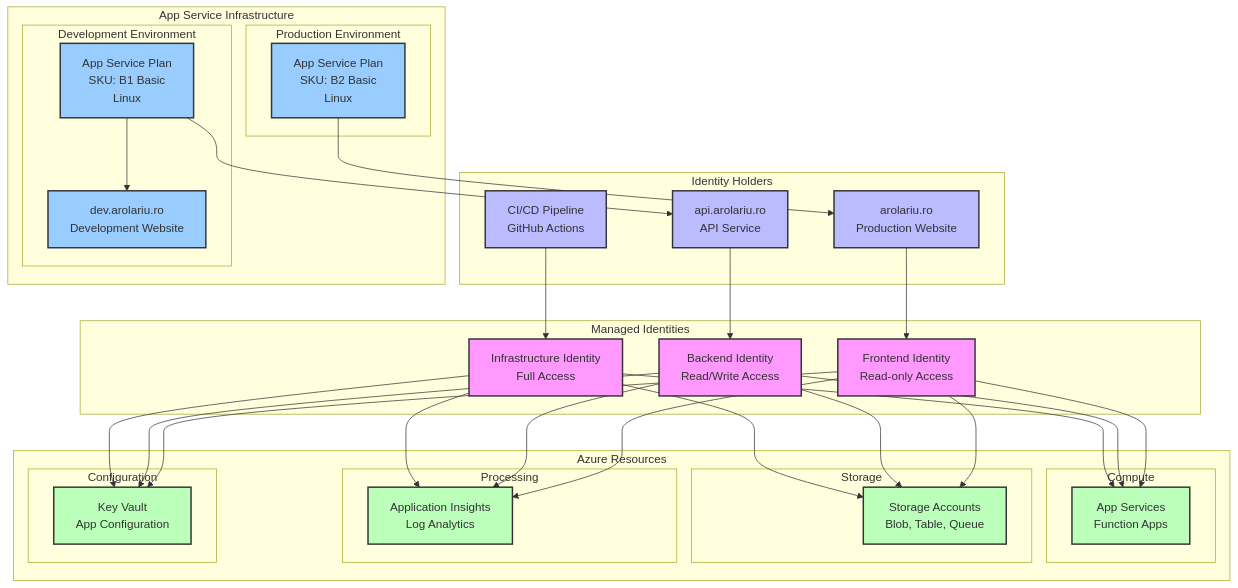
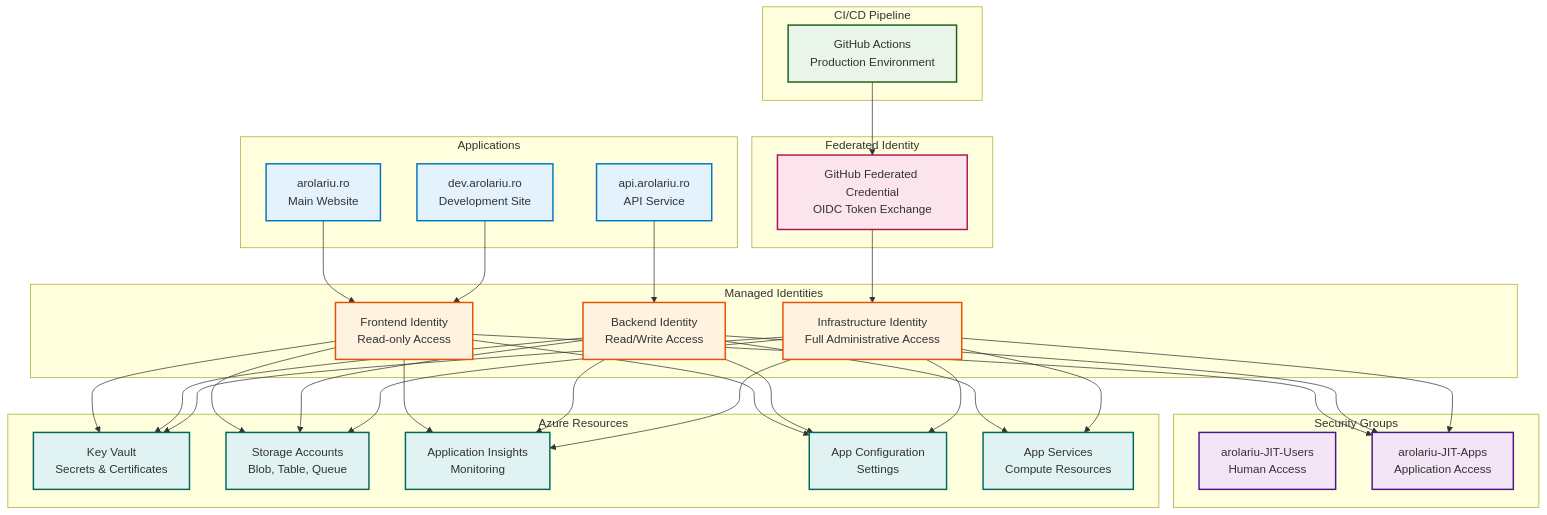
Before and after one commit to arolariu/arolariu.ro: the first of 2 diagrams in infra/Azure/Bicep/identity/README.md, drawn with Mermaid. The commit also changed other lines of this file and 33 other files, not shown here.

````diff
--- a/infra/Azure/Bicep/identity/README.md
+++ b/infra/Azure/Bicep/identity/README.md
@@ -5,76 +28,77 @@
 ```mermaid
 graph TB
-    subgraph "Identity Holders"
-        WA_PROD[arolariu.ro<br/>Production Website]
-        WA_API[api.arolariu.ro<br/>API Service]
-        CICD[CI/CD Pipeline<br/>GitHub Actions]
+    subgraph "CI/CD Pipeline"
+        GITHUB[GitHub Actions<br/>Production Environment]
+    end
+
+    subgraph "Applications"
+        MAIN_APP[arolariu.ro<br/>Main Website]
+        API_APP[api.arolariu.ro<br/>API Service]
+        DEV_APP[dev.arolariu.ro<br/>Development Site]
     end
 
     subgraph "Managed Identities"
-        MI_FRONTEND[Frontend Identity<br/>Read-only Access]
-        MI_BACKEND[Backend Identity<br/>Read/Write Access]
-        MI_INFRA[Infrastructure Identity<br/>Full Access]
+        MI_FE[Frontend Identity<br/>Read-only Access]
+        MI_BE[Backend Identity<br/>Read/Write Access]
+        MI_INFRA[Infrastructure Identity<br/>Full Administrative Access]
     end
 
-    subgraph "App Service Infrastructure"
-        subgraph "Production Environment"
-            ASP_PROD[App Service Plan<br/>SKU: B2 Basic<br/>Linux]
-        end
+    subgraph "Federated Identity"
+        FED_CRED[GitHub Federated Credential<br/>OIDC Token Exchange]
+    end
 
-        subgraph "Development Environment"
-            ASP_DEV[App Service Plan<br/>SKU: B1 Basic<br/>Linux]
-            WA_DEV[dev.arolariu.ro<br/>Development Website]
-        end
+    subgraph "Security Groups"
+        SG_USERS[arolariu-JIT-Users<br/>Human Access]
+        SG_APPS[arolariu-JIT-Apps<br/>Application Access]
     end
 
     subgraph "Azure Resources"
-        subgraph "Compute"
-            COMPUTE[App Services<br/>Function Apps]
-        end
-
-        subgraph "Storage"
-            STORAGE[Storage Accounts<br/>Blob, Table, Queue]
-        end
-
-        subgraph "Processing"
-            PROCESS[Application Insights<br/>Log Analytics]
-        end
-
-        subgraph "Configuration"
-            CONFIG[Key Vault<br/>App Configuration]
-        end
+        KV[Key Vault<br/>Secrets & Certificates]
+        SA[Storage Accounts<br/>Blob, Table, Queue]
+        AI[Application Insights<br/>Monitoring]
+        AC[App Configuration<br/>Settings]
+        COMPUTE[App Services<br/>Compute Resources]
     end
 
-    WA_PROD --> MI_FRONTEND
-    WA_API --> MI_BACKEND
-    CICD --> MI_INFRA
+    GITHUB --> FED_CRED
+    FED_CRED --> MI_INFRA
 
-    MI_FRONTEND --> COMPUTE
-    MI_FRONTEND --> STORAGE
-    MI_FRONTEND --> PROCESS
-    MI_FRONTEND --> CONFIG
+    MAIN_APP --> MI_FE
+    DEV_APP --> MI_FE
+    API_APP --> MI_BE
 
-    MI_BACKEND --> COMPUTE
-    MI_BACKEND --> STORAGE
-    MI_BACKEND --> PROCESS
-    MI_BACKEND --> CONFIG
+    MI_FE --> KV
+    MI_FE --> SA
+    MI_FE --> AI
+    MI_FE --> AC
 
+    MI_BE --> KV
+    MI_BE --> SA
+    MI_BE --> AI
+    MI_BE --> AC
+    MI_BE --> COMPUTE
+
+    MI_INFRA --> KV
+    MI_INFRA --> SA
+    MI_INFRA --> AI
+    MI_INFRA --> AC
     MI_INFRA --> COMPUTE
-    MI_INFRA --> STORAGE
-    MI_INFRA --> PROCESS
-    MI_INFRA --> CONFIG
 
-    ASP_PROD --> WA_PROD
-    ASP_DEV --> WA_API
-    ASP_DEV --> WA_DEV
+    MI_FE --> SG_APPS
+    MI_BE --> SG_APPS
+    MI_INFRA --> SG_APPS
 
-    classDef holder fill:#bbf,stroke:#333,stroke-width:2px
-    classDef identity fill:#f9f,stroke:#333,stroke-width:2px
-    classDef infra fill:#9cf,stroke:#333,stroke-width:2px
-    classDef resource fill:#bfb,stroke:#333,stroke-width:2px
+    classDef cicd fill:#e8f5e8,stroke:#1b5e20,stroke-width:2px
+    classDef app fill:#e3f2fd,stroke:#0277bd,stroke-width:2px
+    classDef identity fill:#fff3e0,stroke:#e65100,stroke-width:2px
+    classDef federated fill:#fce4ec,stroke:#ad1457,stroke-width:2px
+    classDef security fill:#f3e5f5,stroke:#4a148c,stroke-width:2px
+    classDef resource fill:#e0f2f1,stroke:#00695c,stroke-width:2px
 
-    class WA_PROD,WA_API,CICD holder
-    class MI_FRONTEND,MI_BACKEND,MI_INFRA identity
-    class ASP_PROD,ASP_DEV,WA_DEV infra
-    class COMPUTE,STORAGE,PROCESS,CONFIG resource
+    class GITHUB cicd
+    class MAIN_APP,API_APP,DEV_APP app
+    class MI_FE,MI_BE,MI_INFRA identity
+    class FED_CRED federated
+    class SG_USERS,SG_APPS security
+    class KV,SA,AI,AC,COMPUTE resource
 ```
````
